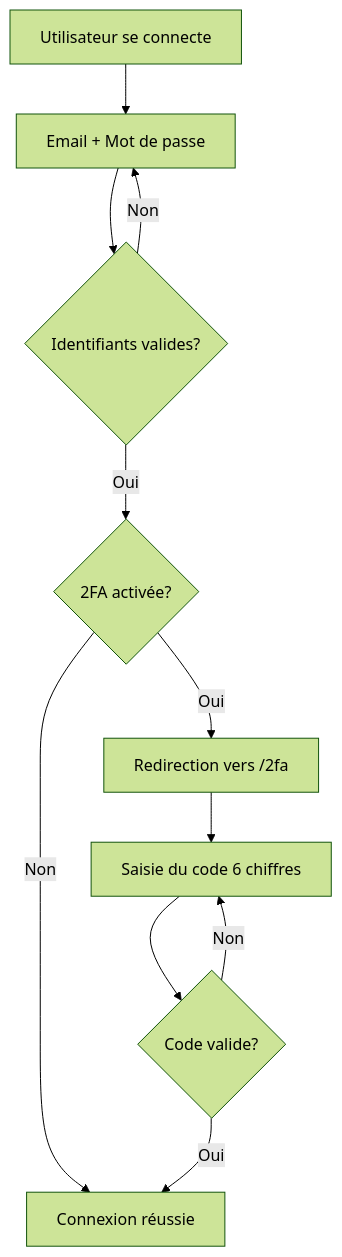
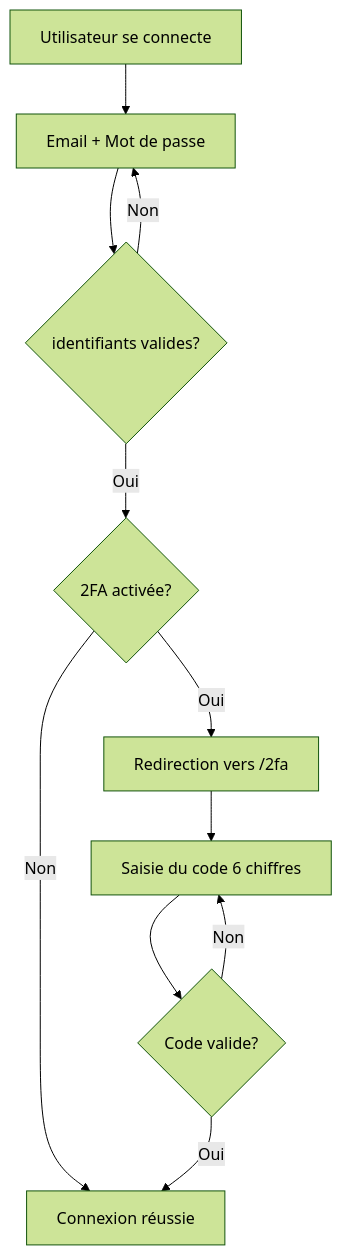
The fourth of 4 diagrams in README.md (hsn00000/2FA_project), drawn with Mermaid (forest theme) before and after one commit. The commit also changed other lines of this file, not shown here.

````diff
--- a/README.md
+++ b/README.md
@@ -495,13 +1158,13 @@
 ```mermaid
 graph TD
     A[Utilisateur se connecte] --> B[Email + Mot de passe]
-    B --> C{Identifiants valides?}
+    B --> C{identifiants valides?}
     C -->|Non| B
     C -->|Oui| D{2FA activée?}
     D -->|Non| E[Connexion réussie]
     D -->|Oui| F[Redirection vers /2fa]
     F --> G[Saisie du code 6 chiffres]
     G --> H{Code valide?}
     H -->|Non| G
     H -->|Oui| E
 ```
````
